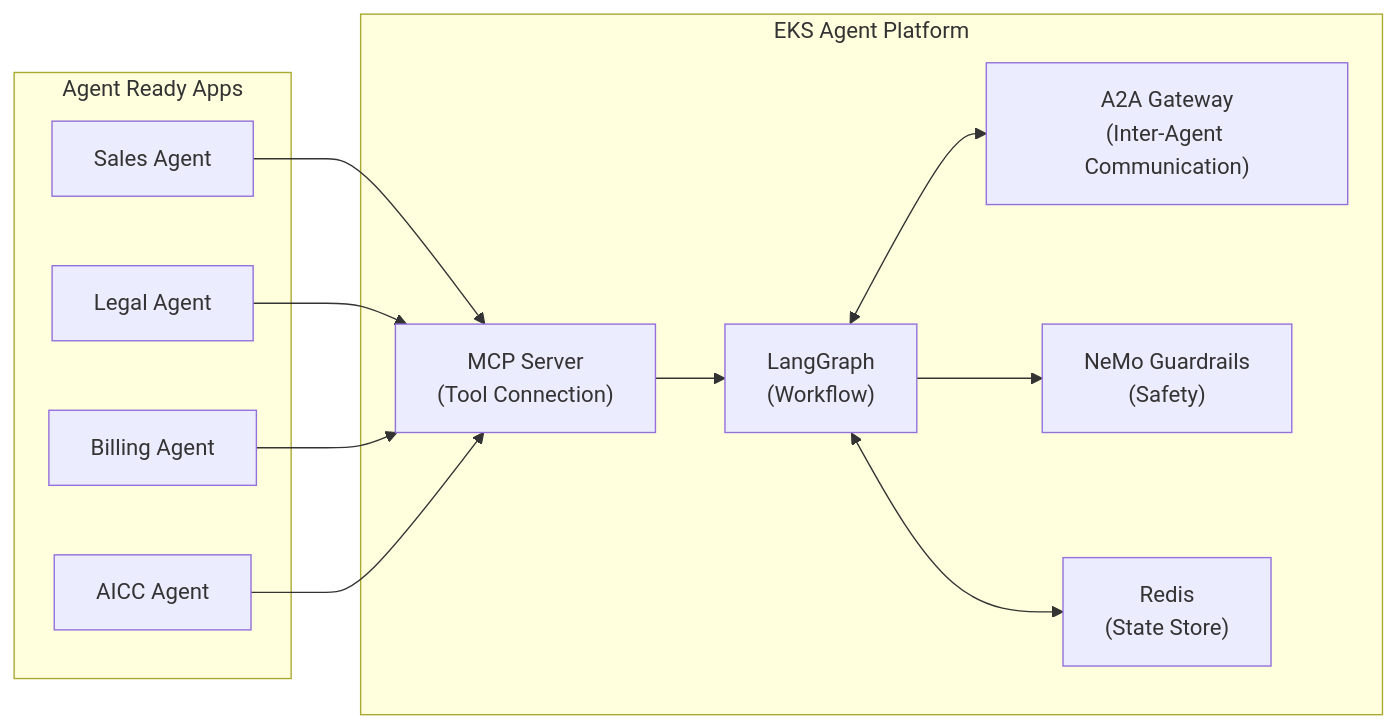
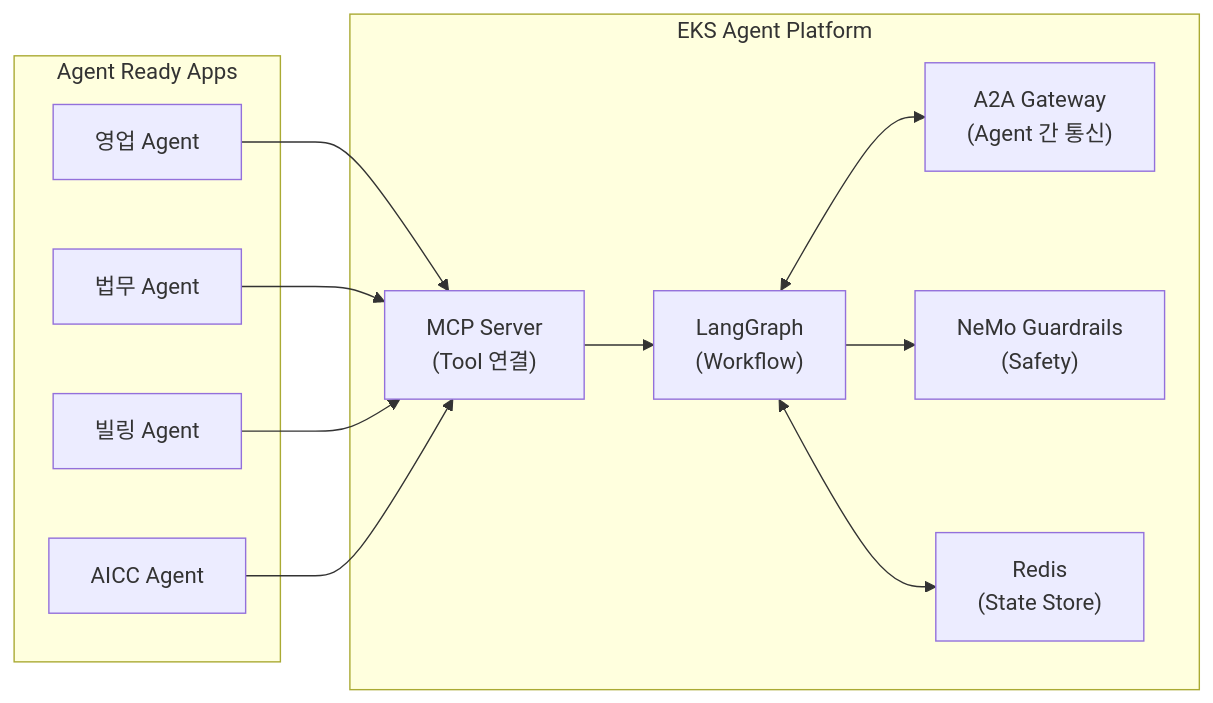
The fifth of 11 diagrams in i18n/en/docusaurus-plugin-content-docs/current/agentic-ai-platform/design-architecture/agentic-ai-solutions-eks.md (devfloor9/engineering-playbook), drawn with Mermaid before and after one commit. The commit also changed other lines of this file and 6 other files, not shown here.

````diff
--- a/i18n/en/docusaurus-plugin-content-docs/current/agentic-ai-platform/design-architecture/agentic-ai-solutions-eks.md
+++ b/i18n/en/docusaurus-plugin-content-docs/current/agentic-ai-platform/design-architecture/agentic-ai-solutions-eks.md
@@ -358,23 +336,23 @@
 ```mermaid
 flowchart LR
     subgraph "Agent Ready Apps"
-        SALES["Sales Agent"]
-        LEGAL["Legal Agent"]
-        BILLING["Billing Agent"]
+        SALES["영업 Agent"]
+        LEGAL["법무 Agent"]
+        BILLING["빌링 Agent"]
         AICC["AICC Agent"]
     end
 
     subgraph "EKS Agent Platform"
-        MCP["MCP Server<br/>(Tool Connection)"]
-        A2A["A2A Gateway<br/>(Inter-Agent Communication)"]
+        MCP["MCP Server<br/>(Tool 연결)"]
+        A2A["A2A Gateway<br/>(Agent 간 통신)"]
         LG["LangGraph<br/>(Workflow)"]
         GUARD["NeMo Guardrails<br/>(Safety)"]
         REDIS["Redis<br/>(State Store)"]
     end
 
     SALES & LEGAL & BILLING & AICC --> MCP
     MCP --> LG
     LG --> GUARD
     LG <--> REDIS
     LG <--> A2A
 ```
````
